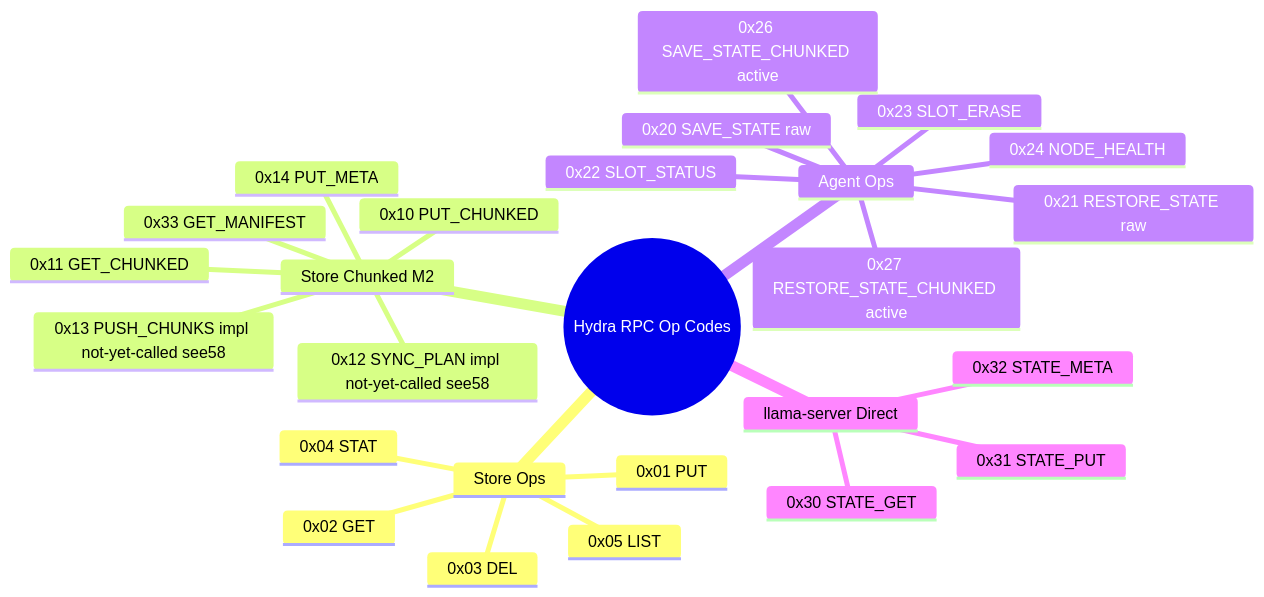
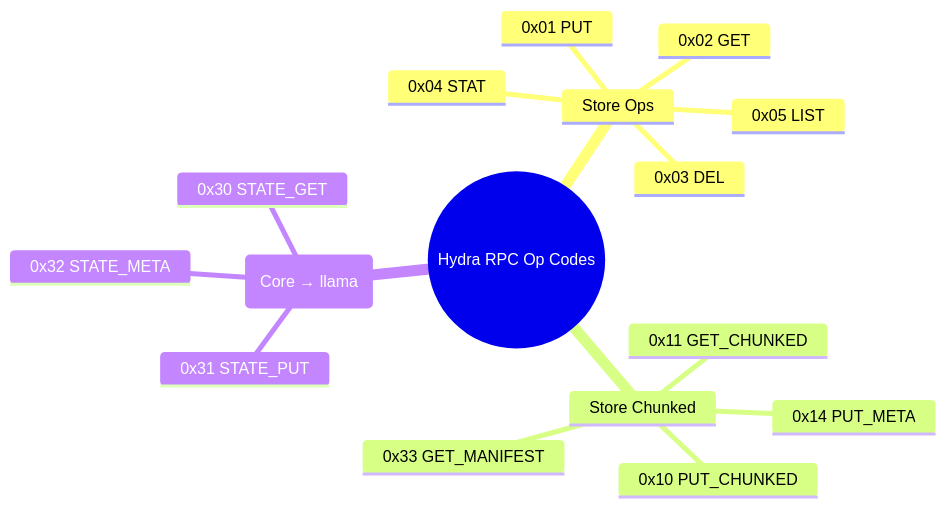
The sixth of 14 diagrams in docs/diagrams.md (ddvnguyen/hydra_vortex), drawn with Mermaid before and after one commit. The commit also changed other lines of this file and 30 other files, not shown here.

First line of the commit message:
docs: update all docs to reflect Agent→Core merge (PR #203)

````diff
--- a/docs/diagrams.md
+++ b/docs/diagrams.md
@@ -166,29 +148,19 @@
 ```mermaid
 mindmap
   root((Hydra RPC Op Codes))
     Store Ops
       0x01 PUT
       0x02 GET
       0x03 DEL
       0x04 STAT
       0x05 LIST
-    Store Chunked M2
+    Store Chunked
       0x10 PUT_CHUNKED
       0x11 GET_CHUNKED
-      0x12 SYNC_PLAN impl not-yet-called see58
-      0x13 PUSH_CHUNKS impl not-yet-called see58
       0x14 PUT_META
       0x33 GET_MANIFEST
-    Agent Ops
-      0x20 SAVE_STATE raw
-      0x21 RESTORE_STATE raw
-      0x22 SLOT_STATUS
-      0x23 SLOT_ERASE
-      0x24 NODE_HEALTH
-      0x26 SAVE_STATE_CHUNKED active
-      0x27 RESTORE_STATE_CHUNKED active
-    llama-server Direct
+    State Ops (Core → llama)
       0x30 STATE_GET
       0x31 STATE_PUT
       0x32 STATE_META
 ```
````
